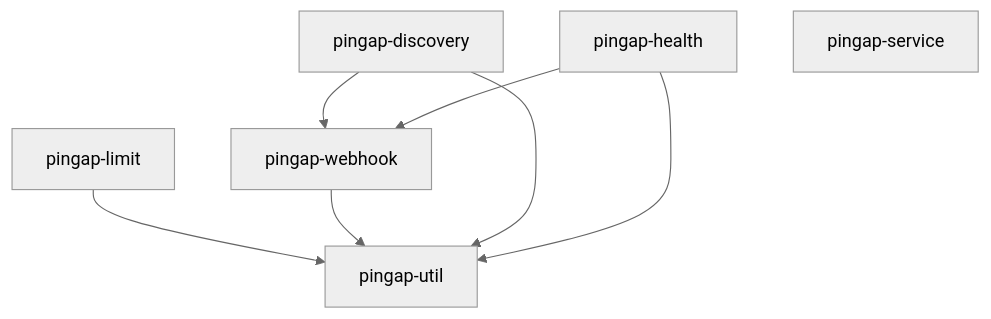
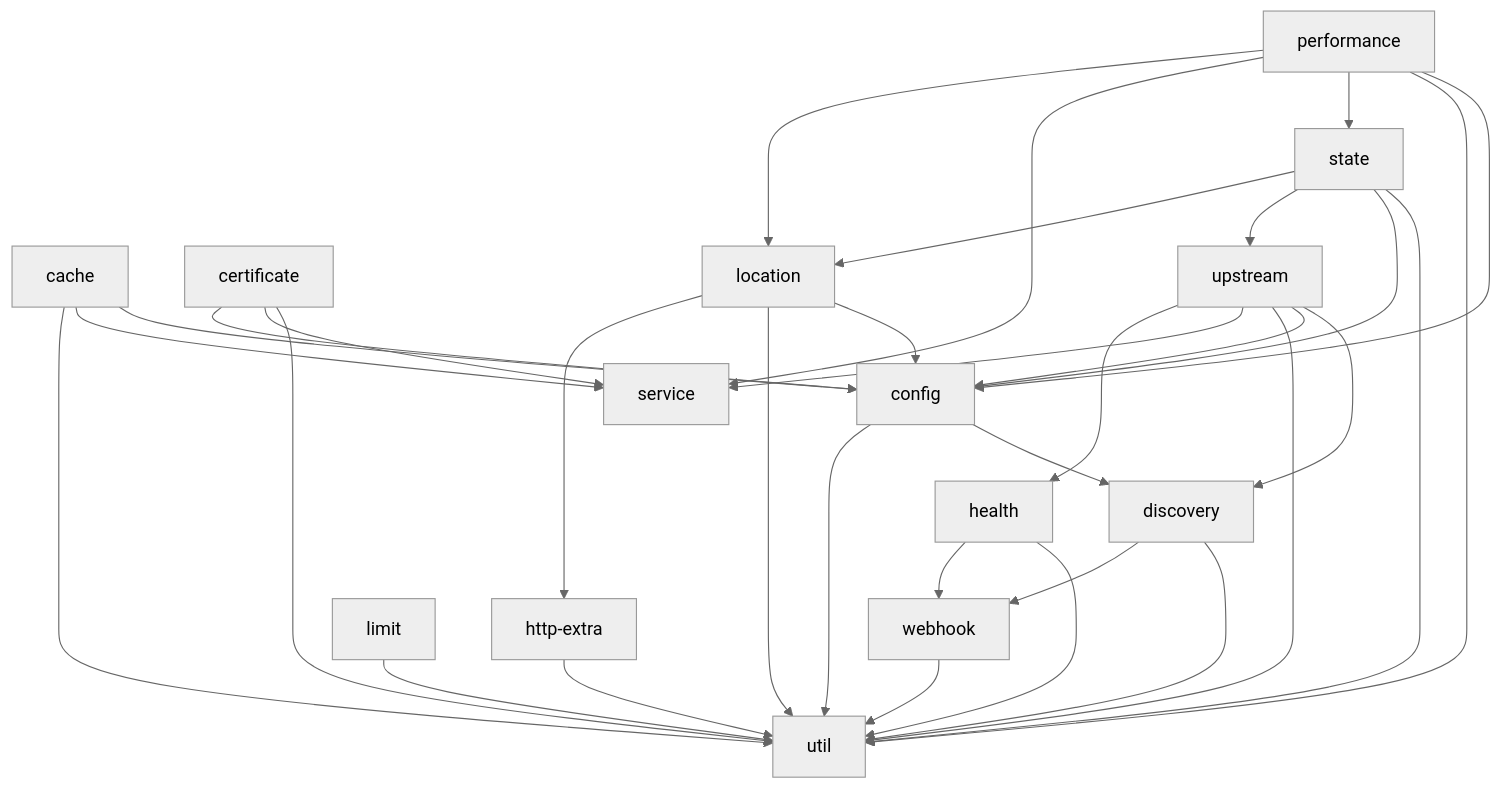
The diagram in docs/module_dependencies.md (vicanso/pingap), drawn with Mermaid (neutral theme) before and after one commit. The commit also changed 76 other files, not shown here.

````diff
--- a/docs/module_dependencies.md
+++ b/docs/module_dependencies.md
@@ -3,18 +3,46 @@
 ```mermaid
 graph TD
+    cache --> util
+    cache --> service
+    cache --> config
 
-    util[pingap-util]
-    limit[pingap-limit]
-    webhook[pingap-webhook]
-    discovery[pingap-discovery]
-    health[pingap-health]
-    service[pingap-service]
+    certificate --> config
+    certificate --> service
+    certificate --> util
+
+    config --> util
+    config --> discovery
+
+    discovery --> webhook
+    discovery --> util
+
+    health --> webhook
+    health --> util
+
+    http-extra --> util
 
     limit --> util
+
+    location --> http-extra
+    location --> util
+    location --> config
+
+    performance --> location
+    performance --> service
+    performance --> state
+    performance --> util
+    performance --> config
+
+    state --> location
+    state --> upstream
+    state --> config
+    state --> util
+
+    upstream --> health
+    upstream --> service
+    upstream --> util
+    upstream --> config
+    upstream --> discovery
+
     webhook --> util
-    discovery --> util
-    health --> util
-
-    discovery --> webhook
-    health --> webhook
 ```
````
